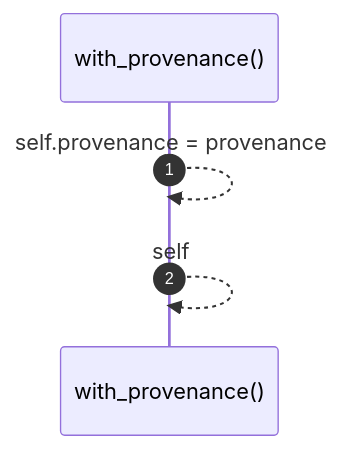
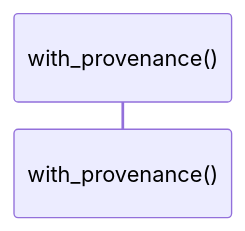
One commit to RyanGuild/self-describing-code changed the fifth of 8 diagrams in docs/self-model/robby_ir/model/impl-node.md. Above: the diagram before and after it, drawn with Mermaid. The commit also changed other lines of this file and 1404 other files, not shown here.

````diff
--- a/docs/self-model/robby_ir/model/impl-node.md
+++ b/docs/self-model/robby_ir/model/impl-node.md
@@ -176,7 +262,5 @@
 ```mermaid
 sequenceDiagram
     autonumber
     participant with_provenance as with_provenance()
-    with_provenance-->>with_provenance: self.provenance = provenance
-    with_provenance-->>with_provenance: self
 ```
````
